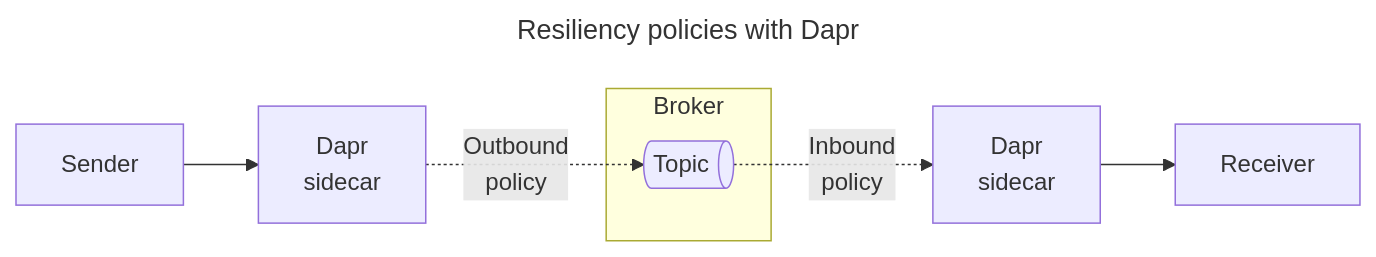
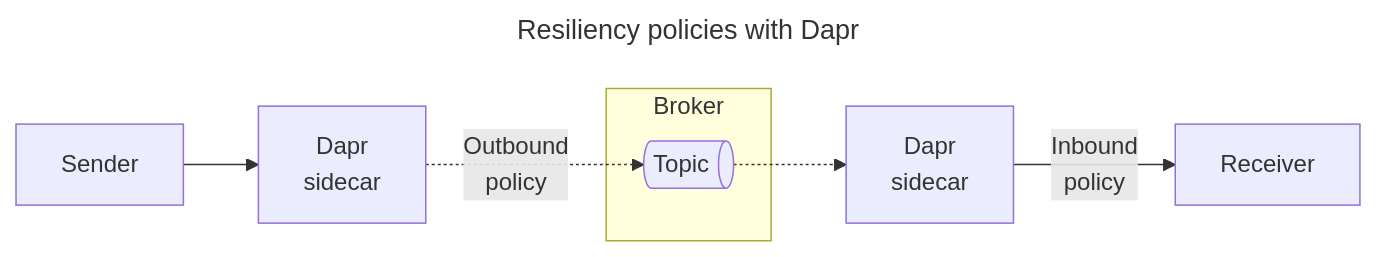
The diagram in .demo/slides/04-advanced/resiliency-diagrams1.md (diagrid-labs/dapr-pub-sub-deep-dive), drawn with Mermaid before and after one commit. The commit also changed 1 other file, not shown here.

Commit message:
Update resiliency diagram

````diff
--- a/.demo/slides/04-advanced/resiliency-diagrams1.md
+++ b/.demo/slides/04-advanced/resiliency-diagrams1.md
@@ -5,21 +5,21 @@
 ```mermaid
 ---
 title: Resiliency policies with Dapr
 config:
   theme: light
 ---
 graph LR
     S[Sender]
     SD[Dapr
     sidecar]
     subgraph "Broker"
         T@{ shape: das, label: "Topic" }
     end
     R[Receiver]
     RD[Dapr
     sidecar]
     S --> SD -.->|Outbound
     policy| T
-    T -.->|Inbound
-    policy| RD--> R
+    T -.-> RD-->|Inbound
+    policy| R
 ```
````
